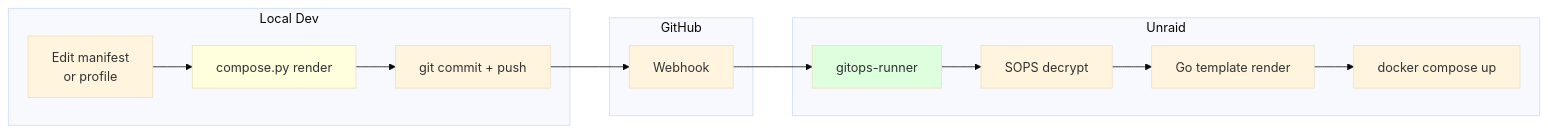
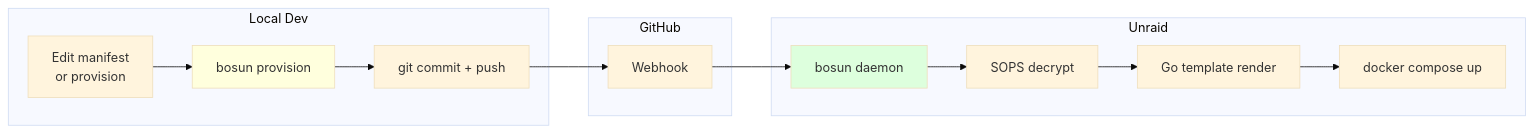
One commit to cameronsjo/bosun changed the sixth of 7 diagrams in docs/adr/0001-manifest-system.md. Above: the diagram before and after it, drawn with Mermaid (base theme). The commit also changed other lines of this file and 8 other files, not shown here.

First line of the commit message:
docs: modernize mermaid diagrams across all docs

````diff
--- a/docs/adr/0001-manifest-system.md
+++ b/docs/adr/0001-manifest-system.md
@@ -160,30 +160,30 @@
 ```mermaid
 flowchart LR
     subgraph "Local Dev"
-        EDIT[Edit manifest<br/>or profile]
-        RENDER[compose.py render]
+        EDIT[Edit manifest<br/>or provision]
+        RENDER[bosun provision]
         COMMIT[git commit + push]
     end
 
     subgraph "GitHub"
         HOOK[Webhook]
     end
 
     subgraph "Unraid"
-        GR[gitops-runner]
+        BOSUN[bosun daemon]
         SOPS[SOPS decrypt]
         TMPL[Go template render]
         DEPLOY[docker compose up]
     end
 
     EDIT --> RENDER
     RENDER --> COMMIT
     COMMIT --> HOOK
-    HOOK --> GR
-    GR --> SOPS
+    HOOK --> BOSUN
+    BOSUN --> SOPS
     SOPS --> TMPL
     TMPL --> DEPLOY
 
     style RENDER fill:#ffd
-    style GR fill:#dfd
+    style BOSUN fill:#dfd
 ```
````
